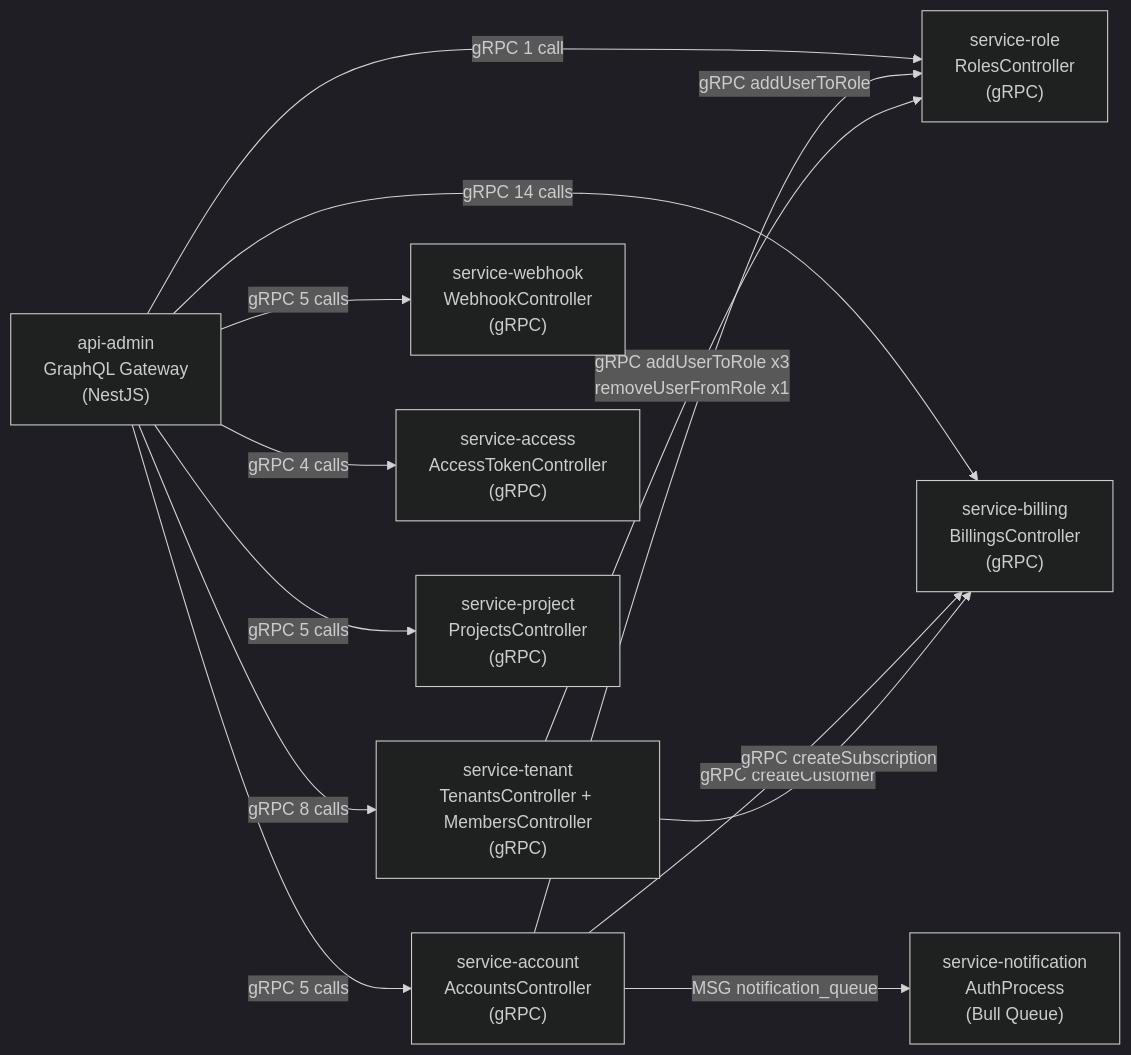
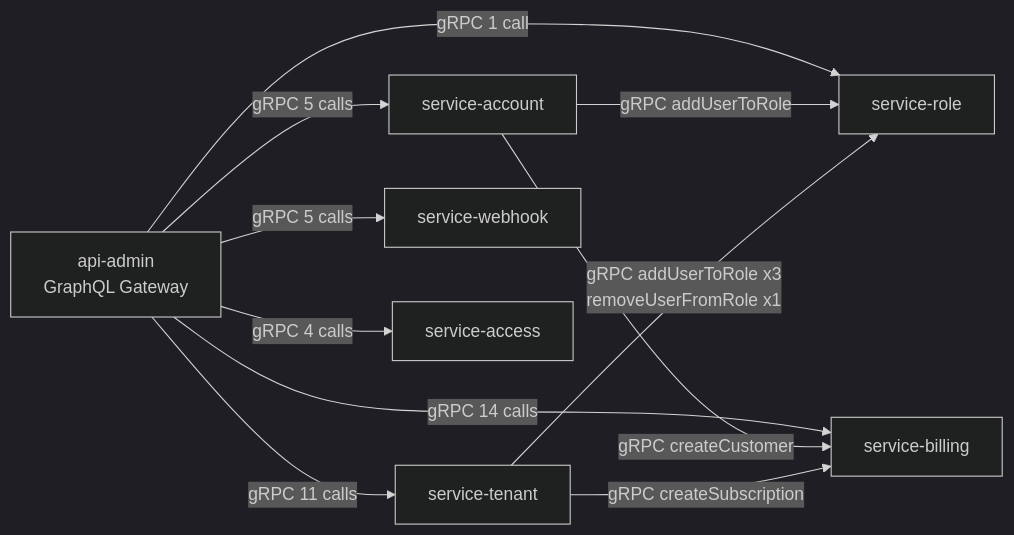
One commit to EmbedFlow-MicroserviceDecomposition/metric-analysis changed the diagram in doc/CallGraph_MS098.md. Above: the diagram before and after it, drawn with Mermaid (dark theme). The commit also changed other lines of this file and 9 other files, not shown here.

First line of the commit message:
refactor(ground_truth): keep only inter-microservice interfaces in exposed_interfaces and update call graph docs

````diff
--- a/doc/CallGraph_MS098.md
+++ b/doc/CallGraph_MS098.md
@@ -18,28 +20,22 @@
 ```mermaid
 flowchart LR
-    GW["api-admin\nGraphQL Gateway\n(NestJS)"]
+    GW["api-admin\nGraphQL Gateway"]
+    ACC["service-account"]
+    BILL["service-billing"]
+    TENANT["service-tenant"]
+    ROLE["service-role"]
+    WH["service-webhook"]
+    ACCESS["service-access"]
 
-    ACC["service-account\nAccountsController\n(gRPC)"]
-    BILL["service-billing\nBillingsController\n(gRPC)"]
-    TENANT["service-tenant\nTenantsController + MembersController\n(gRPC)"]
-    ROLE["service-role\nRolesController\n(gRPC)"]
-    NOTIF["service-notification\nAuthProcess\n(Bull Queue)"]
-    WH["service-webhook\nWebhookController\n(gRPC)"]
-    ACCESS["service-access\nAccessTokenController\n(gRPC)"]
-    PROJ["service-project\nProjectsController\n(gRPC)"]
+    GW -->|"gRPC 5 calls"| ACC
+    GW -->|"gRPC 14 calls"| BILL
+    GW -->|"gRPC 11 calls"| TENANT
+    GW -->|"gRPC 1 call"| ROLE
+    GW -->|"gRPC 5 calls"| WH
+    GW -->|"gRPC 4 calls"| ACCESS
 
-    GW -->|"gRPC  5 calls"| ACC
-    GW -->|"gRPC  14 calls"| BILL
-    GW -->|"gRPC  8 calls"| TENANT
-    GW -->|"gRPC  1 call"| ROLE
-    GW -->|"gRPC  5 calls"| WH
-    GW -->|"gRPC  4 calls"| ACCESS
-    GW -->|"gRPC  5 calls"| PROJ
-
-    ACC -->|"gRPC  addUserToRole"| ROLE
-    ACC -->|"gRPC  createCustomer"| BILL
-    ACC -->|"MSG   notification_queue"| NOTIF
-
-    TENANT -->|"gRPC  createSubscription"| BILL
-    TENANT -->|"gRPC  addUserToRole x3\nremoveUserFromRole x1"| ROLE
+    ACC -->|"gRPC addUserToRole"| ROLE
+    ACC -->|"gRPC createCustomer"| BILL
+    TENANT -->|"gRPC createSubscription"| BILL
+    TENANT -->|"gRPC addUserToRole x3\nremoveUserFromRole x1"| ROLE
 ```
````
